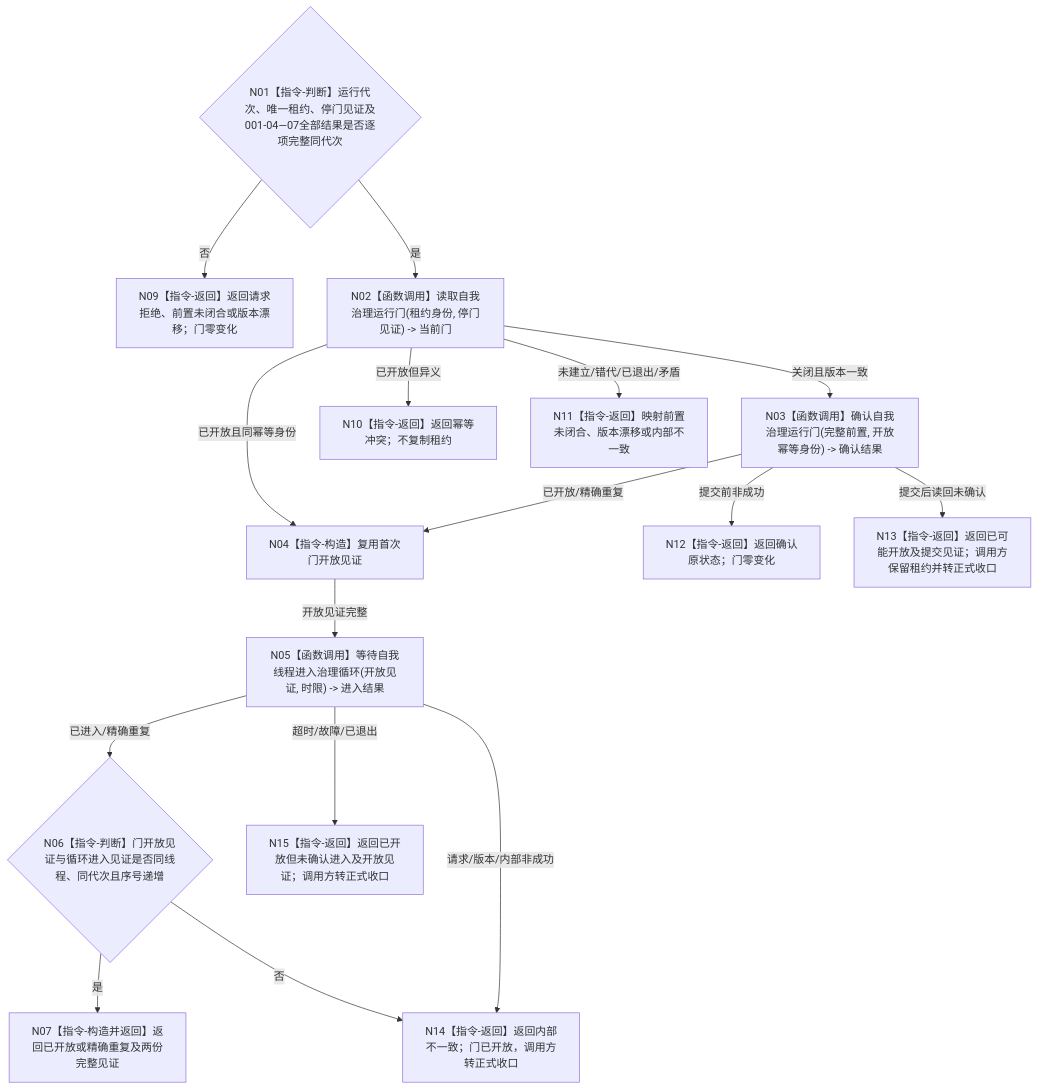
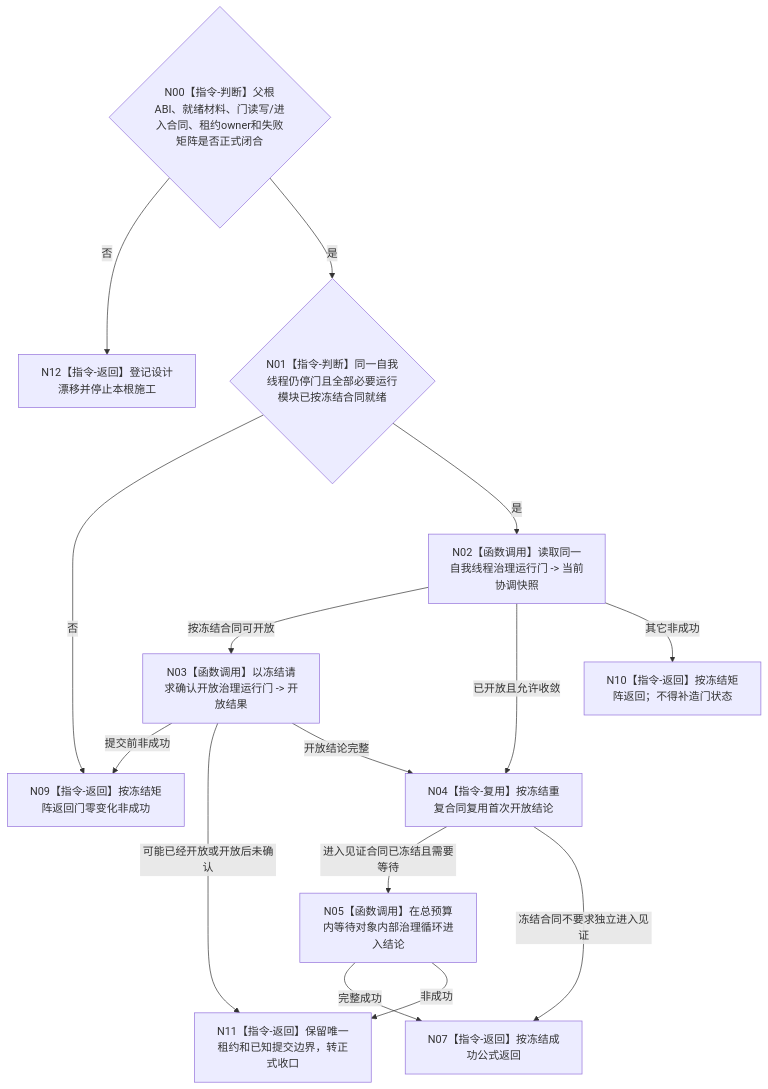
The diagram in 流程图/目标业务流程图/L2/BIZ-L2-001-08_开放自我线程治理循环_目标函数流程图_v0.1.md (chunhaizh-cyber/HY-Ego), drawn with Mermaid before and after one commit. The commit also changed other lines of this file and 9 other files, not shown here.

````diff
--- a/流程图/目标业务流程图/L2/BIZ-L2-001-08_开放自我线程治理循环_目标函数流程图_v0.1.md
+++ b/流程图/目标业务流程图/L2/BIZ-L2-001-08_开放自我线程治理循环_目标函数流程图_v0.1.md
@@ -29,18 +31,17 @@
 ```mermaid
 flowchart TD
-    N01{"N01【指令-判断】运行代次、唯一租约、停门见证及001-04—07全部结果是否逐项完整同代次"} -->|否| N09["N09【指令-返回】返回请求拒绝、前置未闭合或版本漂移；门零变化"]
-    N01 -->|是| N02["N02【函数调用】读取自我治理运行门(租约身份, 停门见证) -> 当前门"]
-    N02 -->|关闭且版本一致| N03["N03【函数调用】确认自我治理运行门(完整前置, 开放幂等身份) -> 确认结果"]
-    N02 -->|已开放且同幂等身份| N04["N04【指令-构造】复用首次门开放见证"]
-    N02 -->|已开放但异义| N10["N10【指令-返回】返回幂等冲突；不复制租约"]
-    N02 -->|未建立/错代/已退出/矛盾| N11["N11【指令-返回】映射前置未闭合、版本漂移或内部不一致"]
-    N03 -->|已开放/精确重复| N04
-    N03 -->|提交前非成功| N12["N12【指令-返回】返回确认原状态；门零变化"]
-    N03 -->|提交后读回未确认| N13["N13【指令-返回】返回已可能开放及提交见证；调用方保留租约并转正式收口"]
-    N04 -->|开放见证完整| N05["N05【函数调用】等待自我线程进入治理循环(开放见证, 时限) -> 进入结果"]
-    N05 -->|已进入/精确重复| N06{"N06【指令-判断】门开放见证与循环进入见证是否同线程、同代次且序号递增"}
-    N06 -->|是| N07["N07【指令-构造并返回】返回已开放或精确重复及两份完整见证"]
-    N06 -->|否| N14["N14【指令-返回】返回内部不一致；门已开放，调用方转正式收口"]
-    N05 -->|超时/故障/已退出| N15["N15【指令-返回】返回已开放但未确认进入及开放见证；调用方转正式收口"]
-    N05 -->|请求/版本/内部非成功| N14
+    N00{"N00【指令-判断】父根ABI、就绪材料、门读写/进入合同、租约owner和失败矩阵是否正式闭合"} -->|否| N12["N12【指令-返回】登记设计漂移并停止本根施工"]
+    N00 -->|是| N01{"N01【指令-判断】同一自我线程仍停门且全部必要运行模块已按冻结合同就绪"}
+    N01 -->|否| N09["N09【指令-返回】按冻结矩阵返回门零变化非成功"]
+    N01 -->|是| N02["N02【函数调用】读取同一自我线程治理运行门 -> 当前协调快照"]
+    N02 -->|按冻结合同可开放| N03["N03【函数调用】以冻结请求确认开放治理运行门 -> 开放结果"]
+    N02 -->|已开放且允许收敛| N04["N04【指令-复用】按冻结重复合同复用首次开放结论"]
+    N02 -->|其它非成功| N10["N10【指令-返回】按冻结矩阵返回；不得补造门状态"]
+    N03 -->|提交前非成功| N09
+    N03 -->|可能已经开放或开放后未确认| N11["N11【指令-返回】保留唯一租约和已知提交边界，转正式收口"]
+    N03 -->|开放结论完整| N04
+    N04 -->|进入见证合同已冻结且需要等待| N05["N05【函数调用】在总预算内等待对象内部治理循环进入结论"]
+    N04 -->|冻结合同不要求独立进入见证| N07["N07【指令-返回】按冻结成功公式返回"]
+    N05 -->|完整成功| N07
+    N05 -->|非成功| N11
 ```
````
